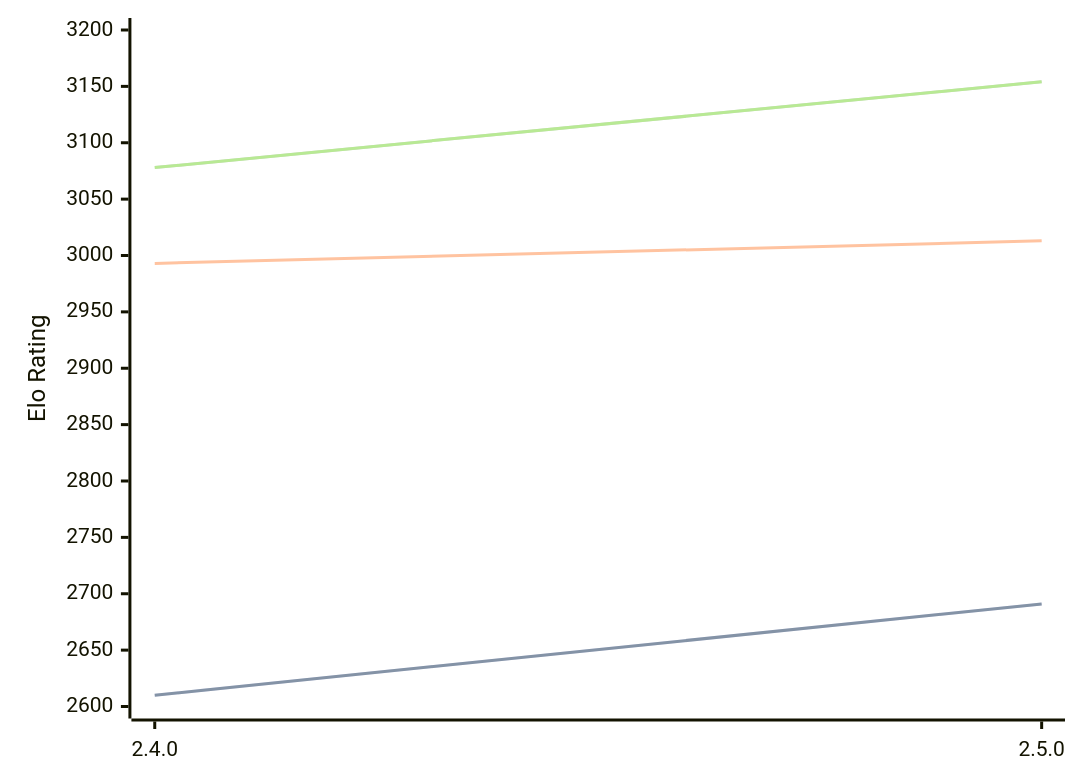
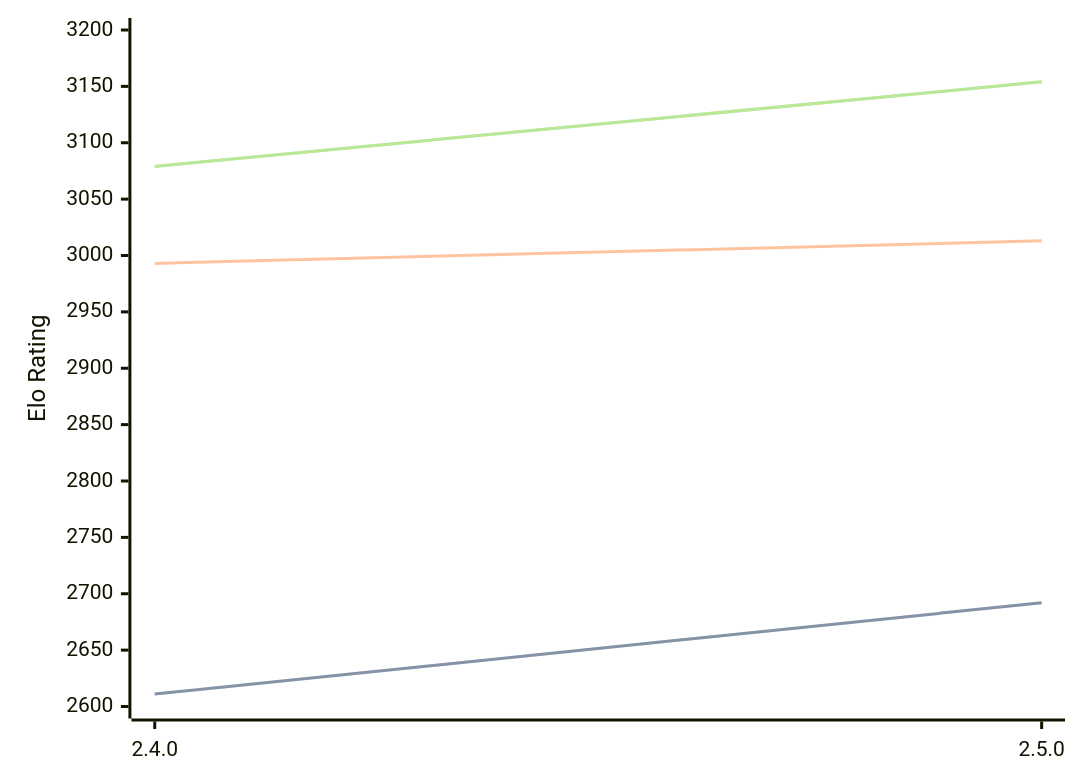
The first of 3 diagrams in engines/Sturddle2.md (computer-chess-index/cci), drawn with Mermaid before and after one commit. The commit also changed other lines of this file, not shown here.

Commit message:
Update CCI Ratings (ELO VLTC) - 2026-06-24

````diff
--- a/engines/Sturddle2.md
+++ b/engines/Sturddle2.md
@@ -37,11 +37,11 @@
 ```mermaid
 %%{init: {"theme":"base","themeVariables":{"seriesColors:['#a3a3a3','#222221','#faa371']}}}%%
 xychart-beta
   x-axis ["2.4.0", "2.5.0"]
   y-axis "Elo Rating" 2600 --> 3200
-  line "STC (8.0+0.08s)" [2610, 2691]
-  line "STC (8.0+0.08s)" [2610, 2691]
+  line "STC (8.0+0.08s)" [2611, 2692]
+  line "STC (8.0+0.08s)" [2611, 2692]
   line "LTC (60.0+0.60s)" [2993, 3013]
-  line "VLTC (2m24s+1.12s)" [3078, 3154]
-  line "VLTC (2m24s+1.12s)" [3078, 3154]
+  line "VLTC (2m24s+1.12s)" [3079, 3154]
+  line "VLTC (2m24s+1.12s)" [3079, 3154]
 ```
````
